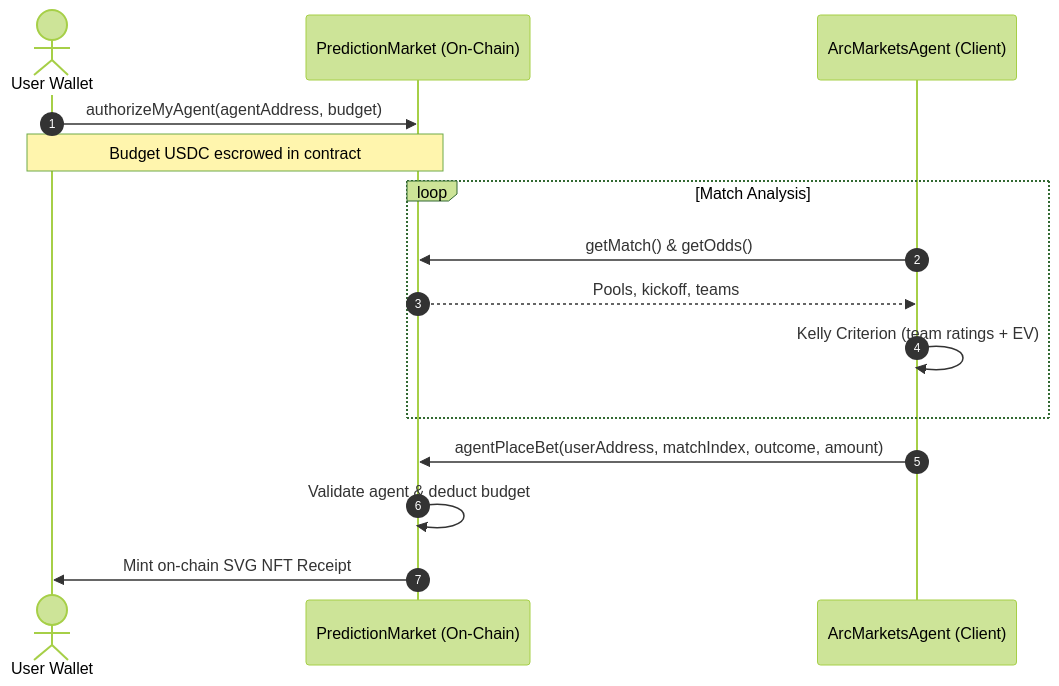
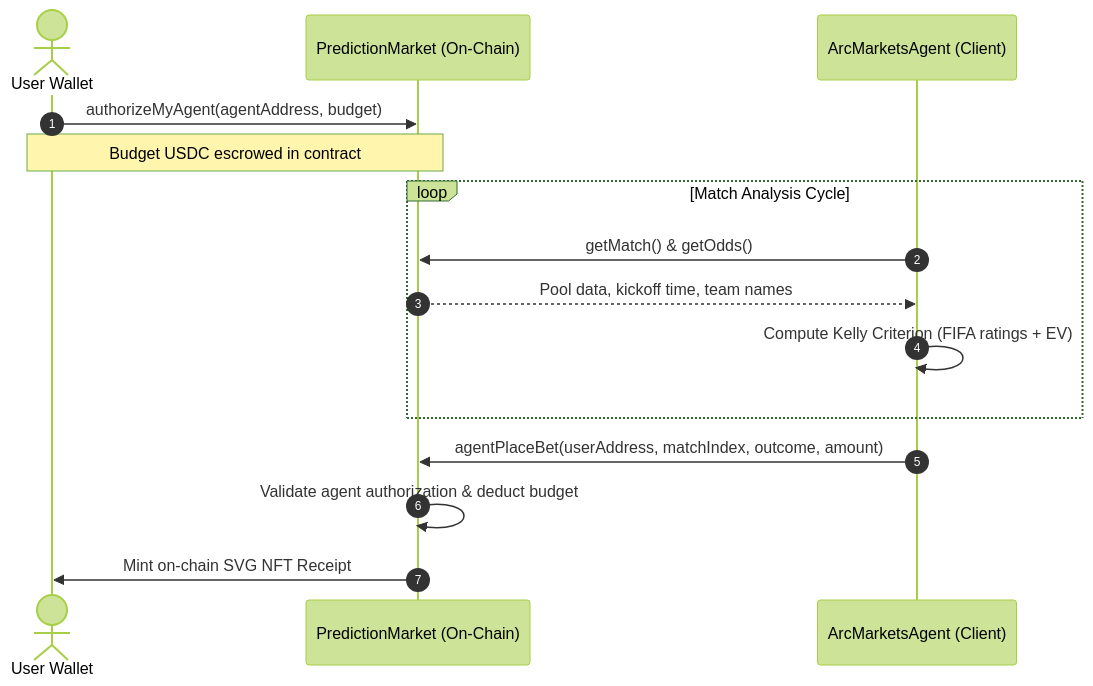
Before and after one commit to ritesh59697/ArcMarkets: the diagram in WHITEPAPER.md, drawn with Mermaid (forest theme). The commit also changed other lines of this file and 1 other file, not shown here.

````diff
--- a/WHITEPAPER.md
+++ b/WHITEPAPER.md
@@ -56,20 +77,20 @@
 ```mermaid
 sequenceDiagram
     autonumber
     actor User as User Wallet
     participant Contract as PredictionMarket (On-Chain)
     participant Agent as ArcMarketsAgent (Client)
 
     User->>Contract: authorizeMyAgent(agentAddress, budget)
     Note over User,Contract: Budget USDC escrowed in contract
     
-    loop Match Analysis
+    loop Match Analysis Cycle
         Agent->>Contract: getMatch() & getOdds()
-        Contract-->>Agent: Pools, kickoff, teams
-        Agent->>Agent: Kelly Criterion (team ratings + EV)
+        Contract-->>Agent: Pool data, kickoff time, team names
+        Agent->>Agent: Compute Kelly Criterion (FIFA ratings + EV)
     end
 
     Agent->>Contract: agentPlaceBet(userAddress, matchIndex, outcome, amount)
-    Contract->>Contract: Validate agent & deduct budget
+    Contract->>Contract: Validate agent authorization & deduct budget
     Contract->>User: Mint on-chain SVG NFT Receipt
 ```
````
